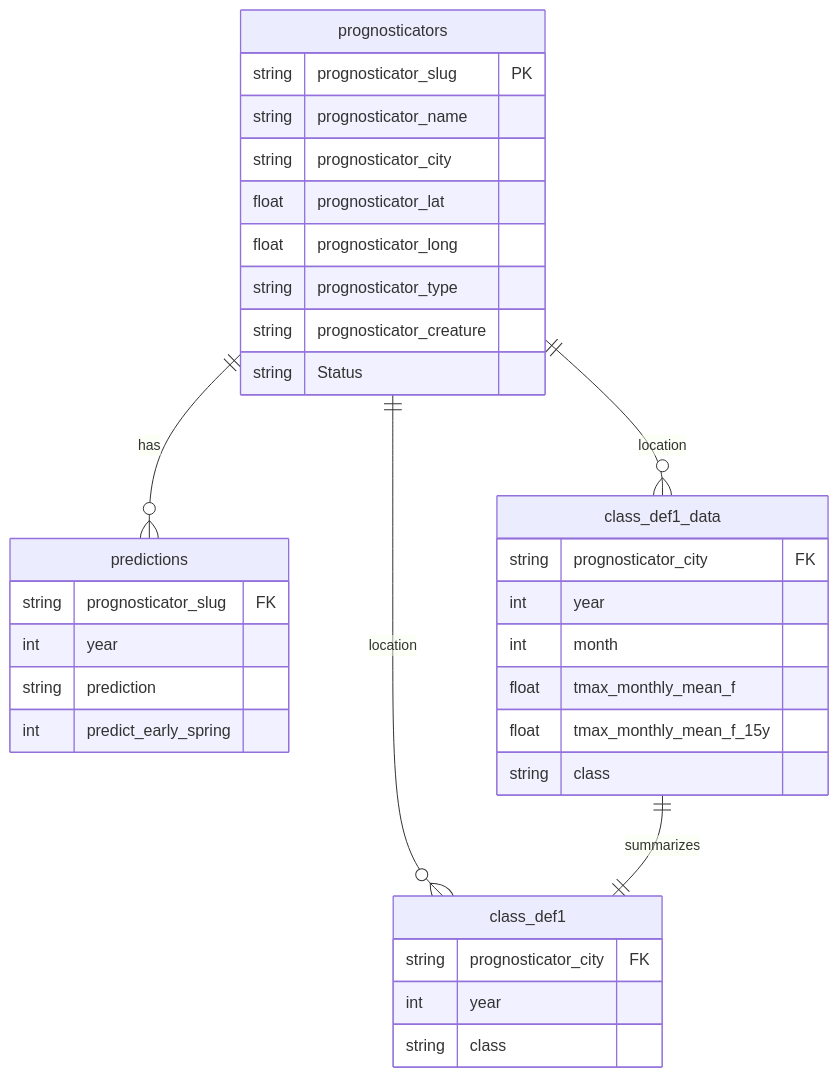
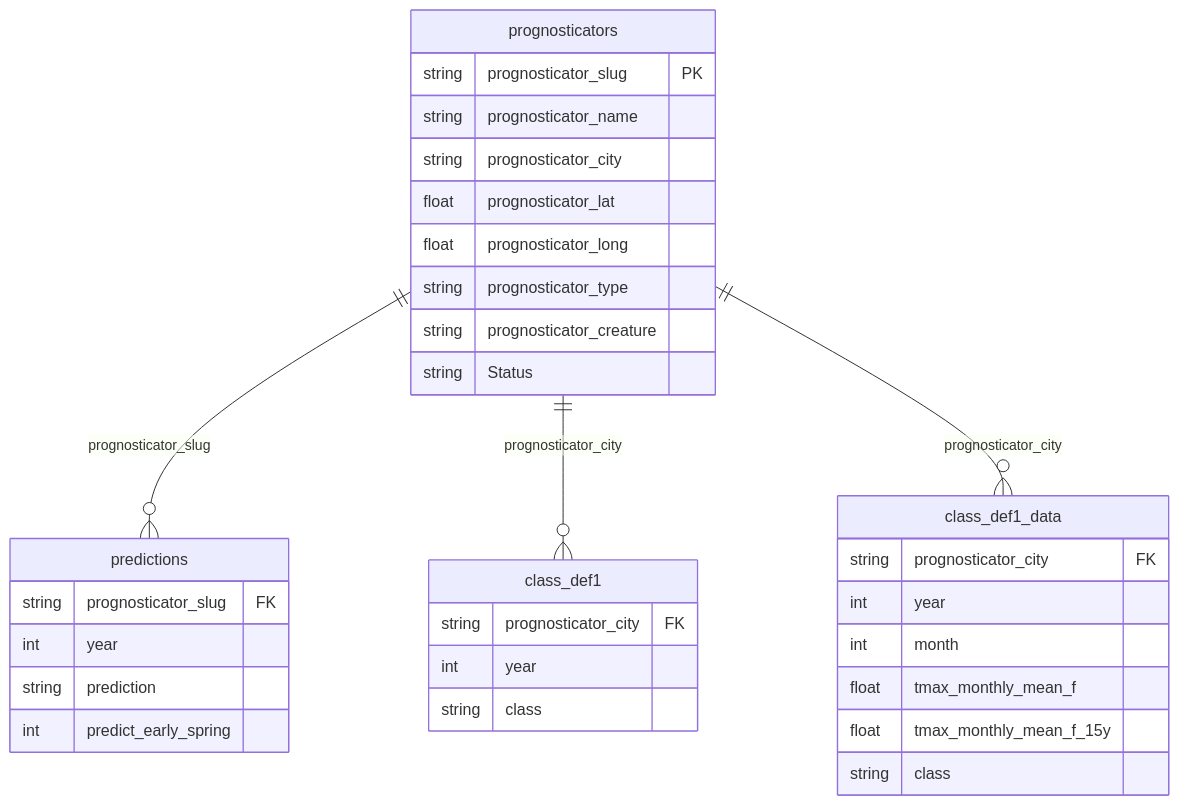
The diagram in README.Rmd (ericpgreen/feb2), drawn with Mermaid before and after one commit. The commit also changed 1 other file, not shown here.

Commit message:
Update ER diagram to show linking keys

````diff
--- a/README.Rmd
+++ b/README.Rmd
@@ -44,36 +44,35 @@
 ```mermaid
 erDiagram
     prognosticators {
         string prognosticator_slug PK
         string prognosticator_name
         string prognosticator_city
         float prognosticator_lat
         float prognosticator_long
         string prognosticator_type
         string prognosticator_creature
         string Status
     }
     predictions {
         string prognosticator_slug FK
         int year
         string prediction
         int predict_early_spring
     }
     class_def1 {
         string prognosticator_city FK
         int year
         string class
     }
     class_def1_data {
         string prognosticator_city FK
         int year
         int month
         float tmax_monthly_mean_f
         float tmax_monthly_mean_f_15y
         string class
     }
-    prognosticators ||--o{ predictions : "has"
-    prognosticators ||--o{ class_def1 : "location"
-    prognosticators ||--o{ class_def1_data : "location"
-    class_def1_data ||--|| class_def1 : "summarizes"
+    prognosticators ||--o{ predictions : "prognosticator_slug"
+    prognosticators ||--o{ class_def1 : "prognosticator_city"
+    prognosticators ||--o{ class_def1_data : "prognosticator_city"
 ```
````
